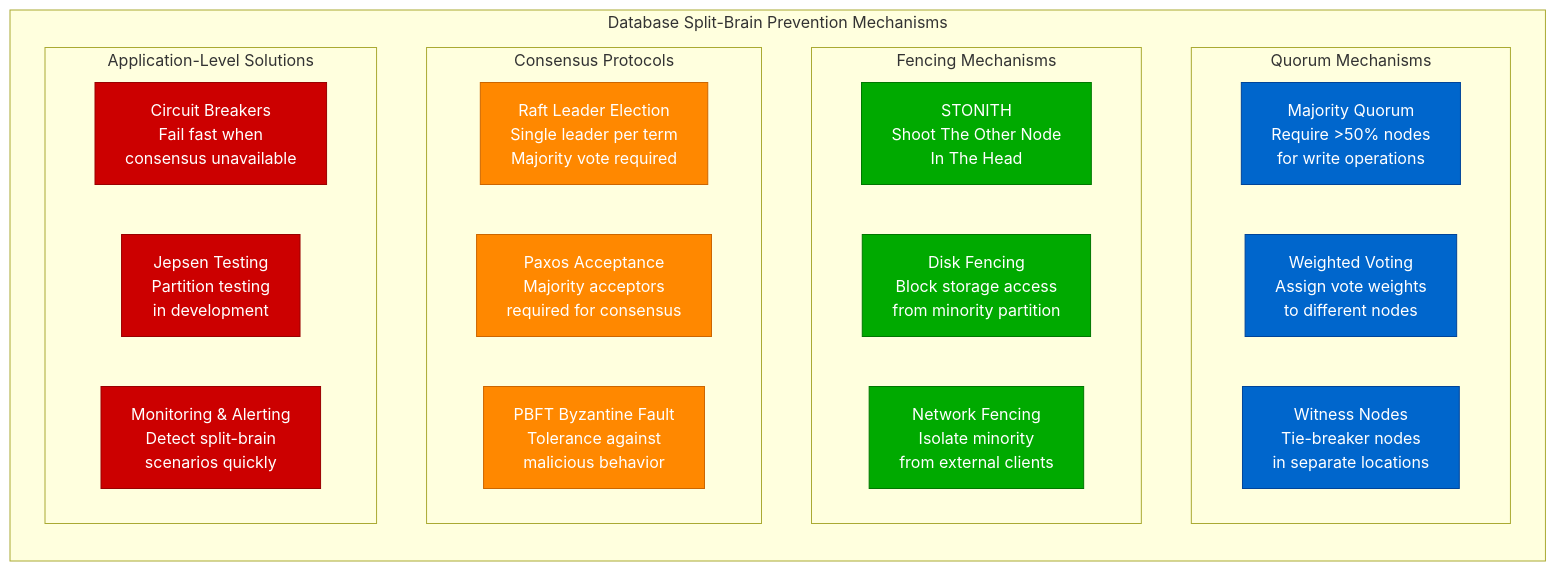
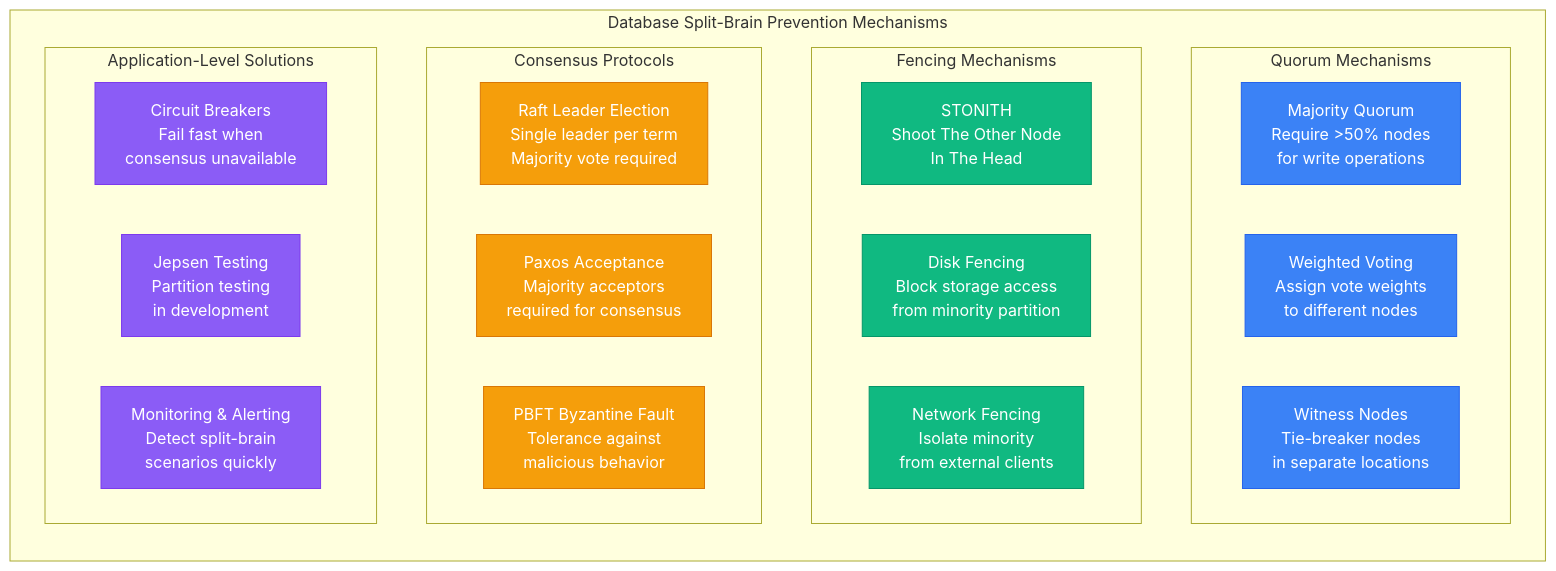
One commit to deepaucksharma/DS changed the fifth of 9 diagrams in site/docs/guarantees/exactly-once/exactly-once-failures.md. Above: the diagram before and after it, drawn with Mermaid. The commit also changed other lines of this file and 303 other files, not shown here.

````diff
--- a/site/docs/guarantees/exactly-once/exactly-once-failures.md
+++ b/site/docs/guarantees/exactly-once/exactly-once-failures.md
@@ -223,38 +223,38 @@
 ```mermaid
 graph LR
     subgraph SplitBrainPrevention[Database Split-Brain Prevention Mechanisms]
         subgraph QuorumMechanisms[Quorum Mechanisms]
             QM1[Majority Quorum<br/>Require >50% nodes<br/>for write operations]
             QM2[Weighted Voting<br/>Assign vote weights<br/>to different nodes]
             QM3[Witness Nodes<br/>Tie-breaker nodes<br/>in separate locations]
         end
 
         subgraph FencingMechanisms[Fencing Mechanisms]
             FM1[STONITH<br/>Shoot The Other Node<br/>In The Head]
             FM2[Disk Fencing<br/>Block storage access<br/>from minority partition]
             FM3[Network Fencing<br/>Isolate minority<br/>from external clients]
         end
 
         subgraph ConsensusProtocols[Consensus Protocols]
             CP1[Raft Leader Election<br/>Single leader per term<br/>Majority vote required]
             CP2[Paxos Acceptance<br/>Majority acceptors<br/>required for consensus]
             CP3[PBFT Byzantine Fault<br/>Tolerance against<br/>malicious behavior]
         end
 
         subgraph ApplicationLevel[Application-Level Solutions]
             AL1[Circuit Breakers<br/>Fail fast when<br/>consensus unavailable]
             AL2[Jepsen Testing<br/>Partition testing<br/>in development]
             AL3[Monitoring & Alerting<br/>Detect split-brain<br/>scenarios quickly]
         end
     end
 
-    classDef quorumStyle fill:#0066CC,stroke:#004499,color:#fff
-    classDef fencingStyle fill:#00AA00,stroke:#007700,color:#fff
-    classDef consensusStyle fill:#FF8800,stroke:#CC6600,color:#fff
-    classDef applicationStyle fill:#CC0000,stroke:#990000,color:#fff
+    classDef quorumStyle fill:#3B82F6,stroke:#2563EB,color:#fff
+    classDef fencingStyle fill:#10B981,stroke:#059669,color:#fff
+    classDef consensusStyle fill:#F59E0B,stroke:#D97706,color:#fff
+    classDef applicationStyle fill:#8B5CF6,stroke:#7C3AED,color:#fff
 
     class QM1,QM2,QM3 quorumStyle
     class FM1,FM2,FM3 fencingStyle
     class CP1,CP2,CP3 consensusStyle
     class AL1,AL2,AL3 applicationStyle
 ```
````
